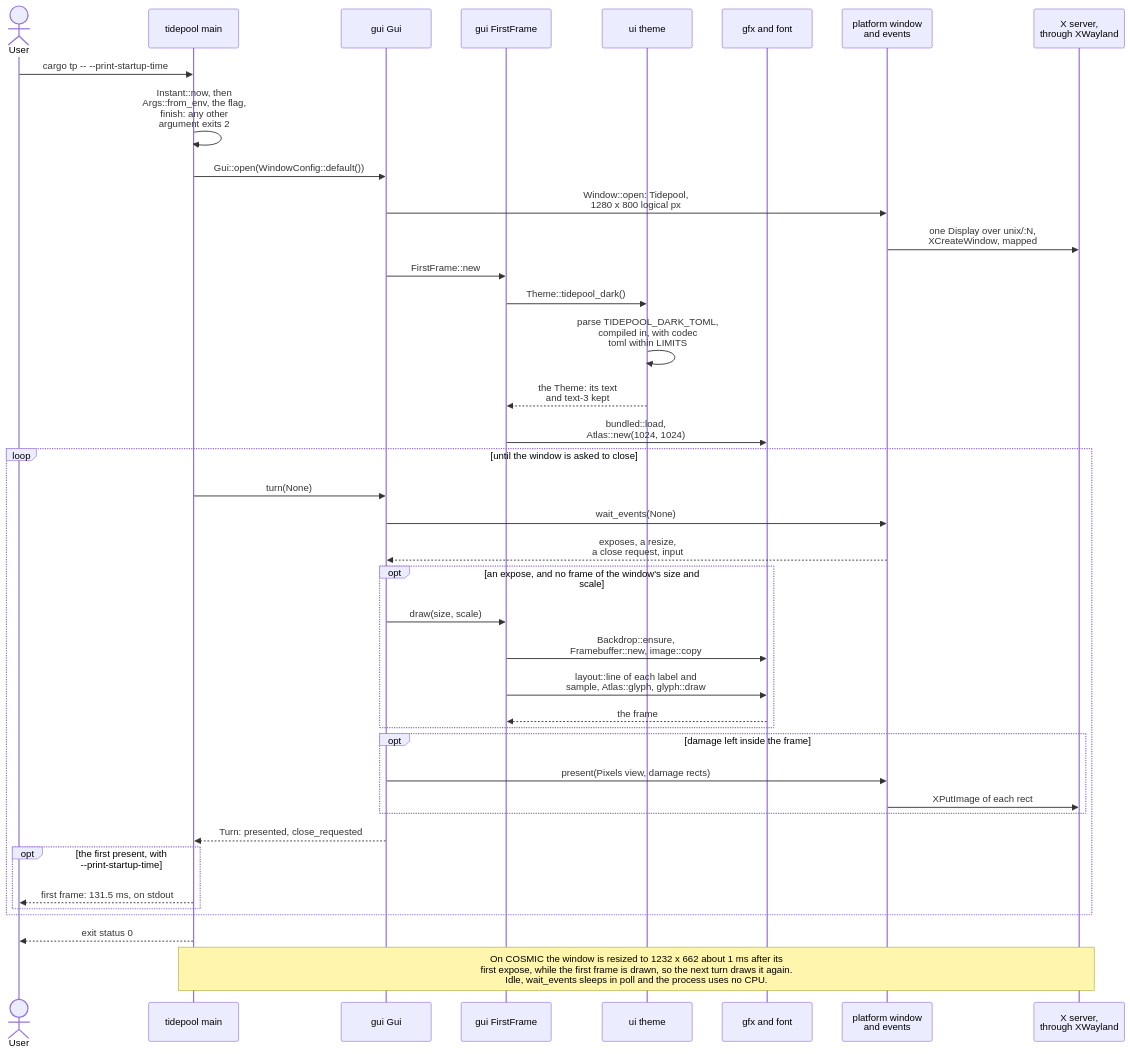
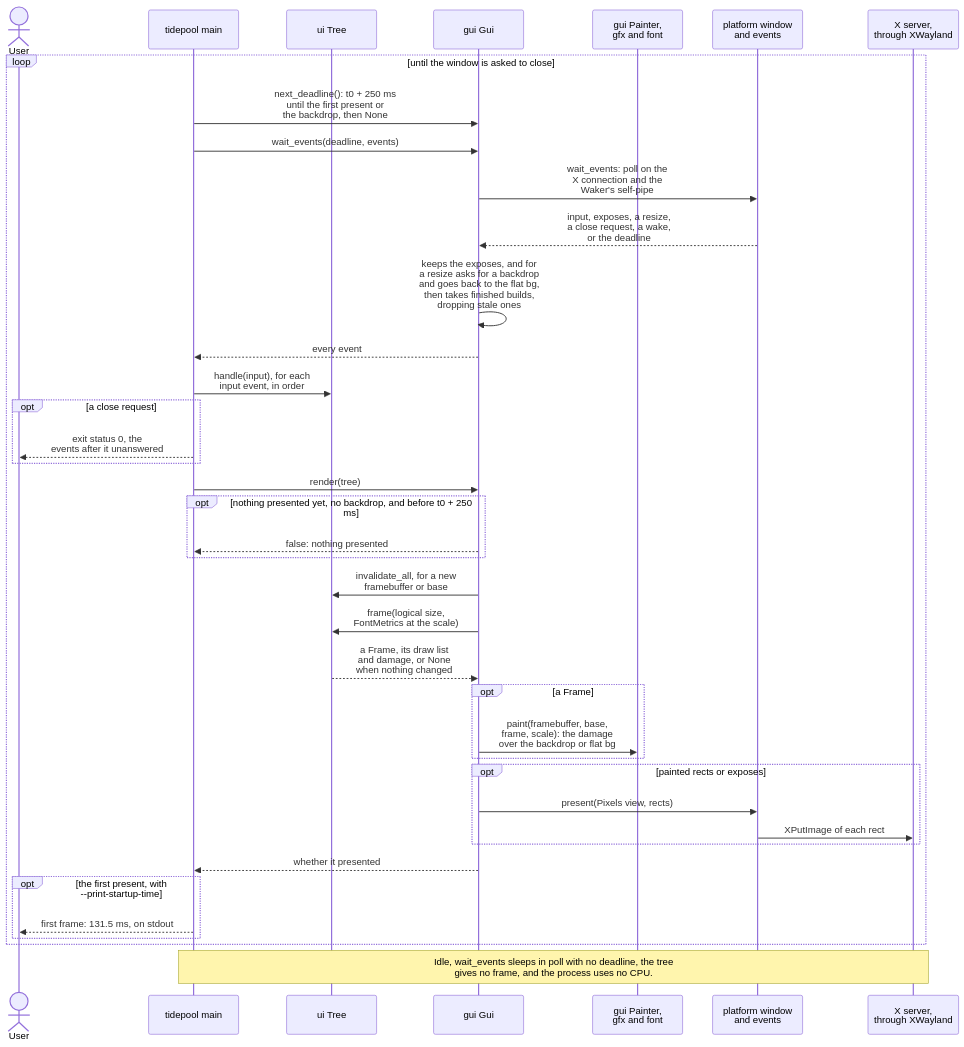
Diagram 11 of 24 in diagrams/sequence-diagrams.md (jabbott-iii/Tidepool), drawn with Mermaid before and after one commit. The commit also changed other lines of this file and 27 other files, not shown here.

First line of the commit message:
feat(gui,app)!: the event-driven main loop (M3.8, ADR-0059)

````diff
--- a/diagrams/sequence-diagrams.md
+++ b/diagrams/sequence-diagrams.md
@@ -596,43 +593,42 @@
 ```mermaid
 sequenceDiagram
     actor User
     participant Main as tidepool main
+    participant Tree as ui Tree
     participant Gui as gui Gui
-    participant First as gui FirstFrame
-    participant Theme as ui theme
-    participant Draw as gfx and font
+    participant Draw as gui Painter,<br/>gfx and font
     participant Plat as platform window<br/>and events
     participant Disp as X server,<br/>through XWayland
 
-    User->>Main: cargo tp -- --print-startup-time
-    Main->>Main: Instant::now, then<br/>Args::from_env, the flag,<br/>finish: any other<br/>argument exits 2
-    Main->>Gui: Gui::open(WindowConfig::default())
-    Gui->>Plat: Window::open: Tidepool,<br/>1280 x 800 logical px
-    Plat->>Disp: one Display over unix/:N,<br/>XCreateWindow, mapped
-    Gui->>First: FirstFrame::new
-    First->>Theme: Theme::tidepool_dark()
-    Theme->>Theme: parse TIDEPOOL_DARK_TOML,<br/>compiled in, with codec<br/>toml within LIMITS
-    Theme-->>First: the Theme: its text<br/>and text-3 kept
-    First->>Draw: bundled::load,<br/>Atlas::new(1024, 1024)
     loop until the window is asked to close
-        Main->>Gui: turn(None)
-        Gui->>Plat: wait_events(None)
-        Plat-->>Gui: exposes, a resize,<br/>a close request, input
-        opt an expose, and no frame of the window's size and scale
-            Gui->>First: draw(size, scale)
-            First->>Draw: Backdrop::ensure,<br/>Framebuffer::new, image::copy
-            First->>Draw: layout::line of each label and<br/>sample, Atlas::glyph, glyph::draw
-            Draw-->>First: the frame
+        Main->>Gui: next_deadline(): t0 + 250 ms<br/>until the first present or<br/>the backdrop, then None
+        Main->>Gui: wait_events(deadline, events)
+        Gui->>Plat: wait_events: poll on the<br/>X connection and the<br/>Waker's self-pipe
+        Plat-->>Gui: input, exposes, a resize,<br/>a close request, a wake,<br/>or the deadline
+        Gui->>Gui: keeps the exposes, and for<br/>a resize asks for a backdrop<br/>and goes back to the flat bg,<br/>then takes finished builds,<br/>dropping stale ones
+        Gui-->>Main: every event
+        Main->>Tree: handle(input), for each<br/>input event, in order
+        opt a close request
+            Main-->>User: exit status 0, the<br/>events after it unanswered
         end
-        opt damage left inside the frame
-            Gui->>Plat: present(Pixels view, damage rects)
+        Main->>Gui: render(tree)
+        opt nothing presented yet, no backdrop, and before t0 + 250 ms
+            Gui-->>Main: false: nothing presented
+        end
+        Gui->>Tree: invalidate_all, for a new<br/>framebuffer or base
+        Gui->>Tree: frame(logical size,<br/>FontMetrics at the scale)
+        Tree-->>Gui: a Frame, its draw list<br/>and damage, or None<br/>when nothing changed
+        opt a Frame
+            Gui->>Draw: paint(framebuffer, base,<br/>frame, scale): the damage<br/>over the backdrop or flat bg
+        end
+        opt painted rects or exposes
+            Gui->>Plat: present(Pixels view, rects)
             Plat->>Disp: XPutImage of each rect
         end
-        Gui-->>Main: Turn: presented, close_requested
+        Gui-->>Main: whether it presented
         opt the first present, with --print-startup-time
             Main-->>User: first frame: 131.5 ms, on stdout
         end
     end
-    Main-->>User: exit status 0
-    Note over Main,Disp: On COSMIC the window is resized to 1232 x 662 about 1 ms after its<br/>first expose, while the first frame is drawn, so the next turn draws it again.<br/>Idle, wait_events sleeps in poll and the process uses no CPU.
+    Note over Main,Disp: Idle, wait_events sleeps in poll with no deadline, the tree<br/>gives no frame, and the process uses no CPU.
 ```
````
